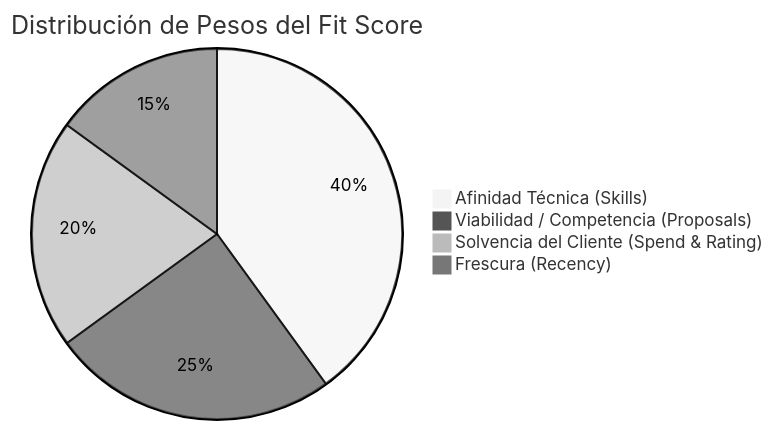
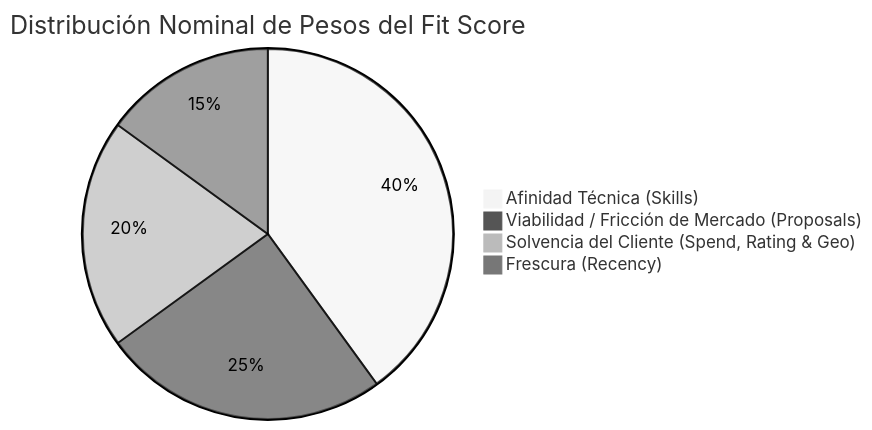
The diagram in docs/scoring-engine-specification.md (leojaimes/proposal-autopilot), drawn with Mermaid (neutral theme) before and after one commit. The commit also changed other lines of this file, not shown here.

````diff
--- a/docs/scoring-engine-specification.md
+++ b/docs/scoring-engine-specification.md
@@ -25,7 +26,7 @@
 ```mermaid
-pie title Distribución de Pesos del Fit Score
+pie title Distribución Nominal de Pesos del Fit Score
     "Afinidad Técnica (Skills)" : 40
-    "Viabilidad / Competencia (Proposals)" : 25
-    "Solvencia del Cliente (Spend & Rating)" : 20
+    "Viabilidad / Fricción de Mercado (Proposals)" : 25
+    "Solvencia del Cliente (Spend, Rating & Geo)" : 20
     "Frescura (Recency)" : 15
 ```
````
